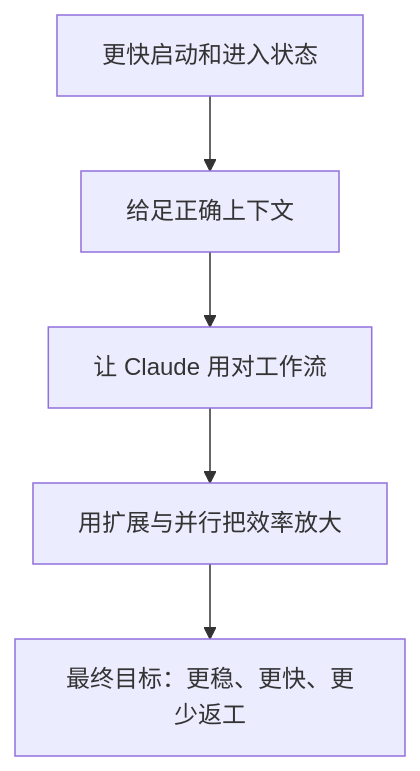
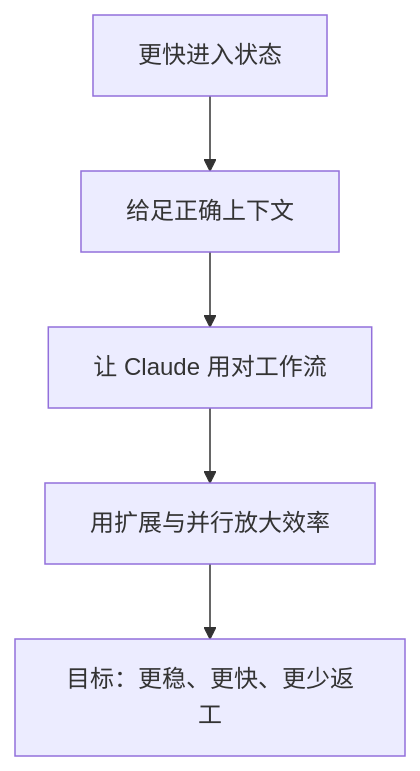
Before and after one commit to boycecong-hue/OCTOPUS-GAME-AI-SHARE: the first of 4 diagrams in sections/03-claude-tips.md, drawn with Mermaid. The commit also changed other lines of this file and 19 other files, not shown here.

````diff
--- a/sections/03-claude-tips.md
+++ b/sections/03-claude-tips.md
@@ -11,7 +11,7 @@
 ```mermaid
 flowchart TB
-    A["更快启动和进入状态"] --> B["给足正确上下文"]
+    A["更快进入状态"] --> B["给足正确上下文"]
     B --> C["让 Claude 用对工作流"]
-    C --> D["用扩展与并行把效率放大"]
-    D --> E["最终目标：更稳、更快、更少返工"]
+    C --> D["用扩展与并行放大效率"]
+    D --> E["目标：更稳、更快、更少返工"]
 ```
````
